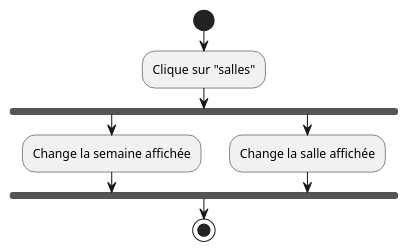
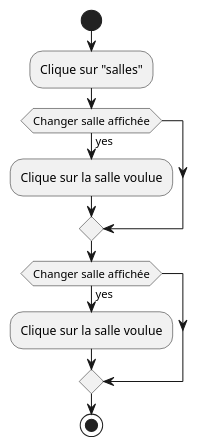
Before and after one commit to tombartos/projet-planning: the diagram in Doc/Specifications/Diag_activites_UC03.plantuml, drawn with PlantUML. The commit also changed 3 other files, not shown here.

```diff
--- a/Doc/Specifications/Diag_activites_UC03.plantuml
+++ b/Doc/Specifications/Diag_activites_UC03.plantuml
@@ -1,10 +1,11 @@
-@startuml
+@startuml Diag_activites_UC03
 start
 :Clique sur "salles";
-fork
-    :Change la semaine affichée;
-fork again
-    :Change la salle affichée;
-end fork
+if (Changer salle affichée) then (yes)
+    :Clique sur la salle voulue;
+endif
+if (Changer salle affichée) then (yes)
+    :Clique sur la salle voulue;
+endif
 stop
 @enduml
```
